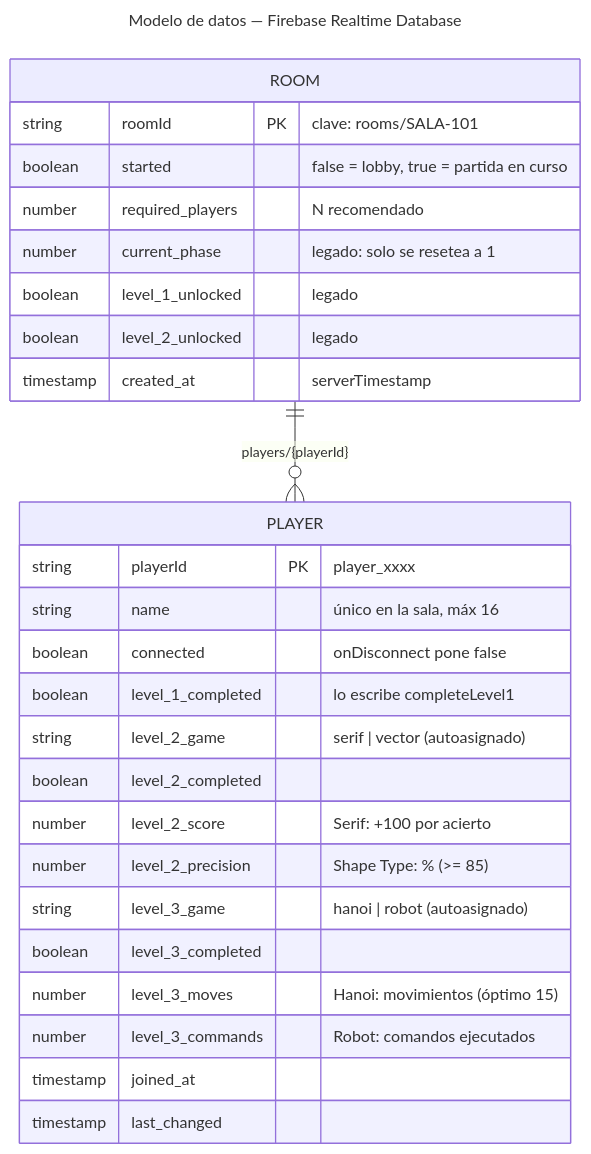
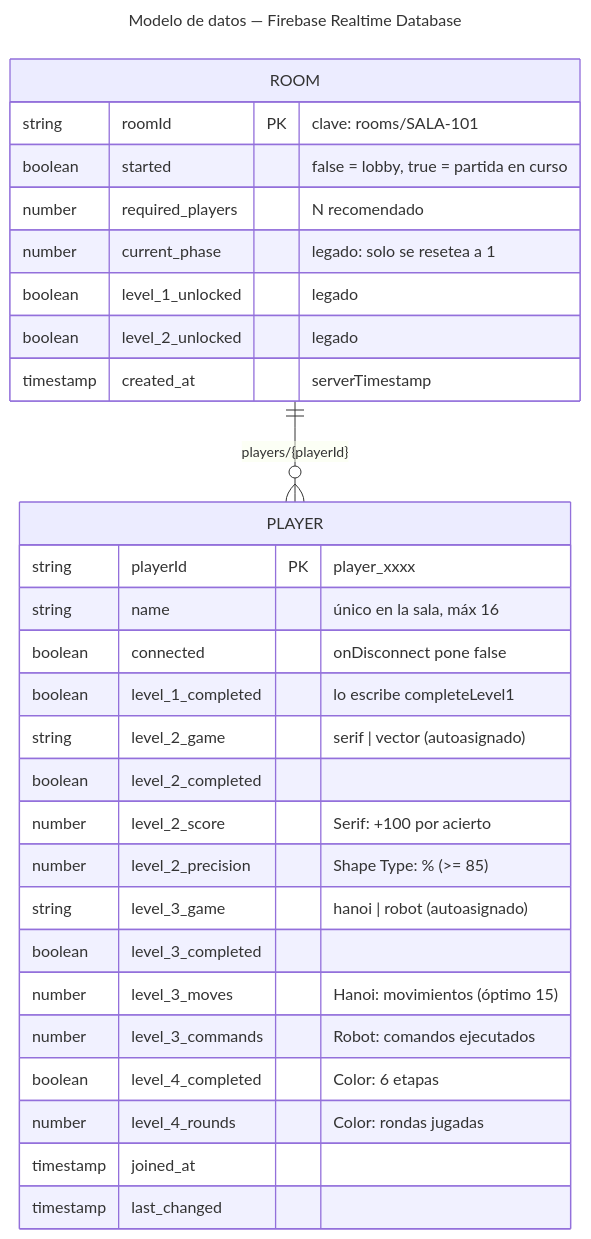
One commit to morphine75/escape_room changed the diagram in docs/diagramas/fuentes/03-modelo-de-datos.mmd. Above: the diagram before and after it, drawn with Mermaid. The commit also changed 22 other files, not shown here.

First line of the commit message:
Add Level 4 'Color' (graphic design colour matching)

```diff
--- a/docs/diagramas/fuentes/03-modelo-de-datos.mmd
+++ b/docs/diagramas/fuentes/03-modelo-de-datos.mmd
@@ -1,30 +1,32 @@
 ---
 title: Modelo de datos — Firebase Realtime Database
 ---
 erDiagram
   ROOM ||--o{ PLAYER : "players/{playerId}"
   ROOM {
     string roomId PK "clave: rooms/SALA-101"
     boolean started "false = lobby, true = partida en curso"
     number required_players "N recomendado"
     number current_phase "legado: solo se resetea a 1"
     boolean level_1_unlocked "legado"
     boolean level_2_unlocked "legado"
     timestamp created_at "serverTimestamp"
   }
   PLAYER {
     string playerId PK "player_xxxx"
     string name "único en la sala, máx 16"
     boolean connected "onDisconnect pone false"
     boolean level_1_completed "lo escribe completeLevel1"
     string level_2_game "serif | vector (autoasignado)"
     boolean level_2_completed
     number level_2_score "Serif: +100 por acierto"
     number level_2_precision "Shape Type: % (>= 85)"
     string level_3_game "hanoi | robot (autoasignado)"
     boolean level_3_completed
     number level_3_moves "Hanoi: movimientos (óptimo 15)"
     number level_3_commands "Robot: comandos ejecutados"
+    boolean level_4_completed "Color: 6 etapas"
+    number level_4_rounds "Color: rondas jugadas"
     timestamp joined_at
     timestamp last_changed
   }
```
